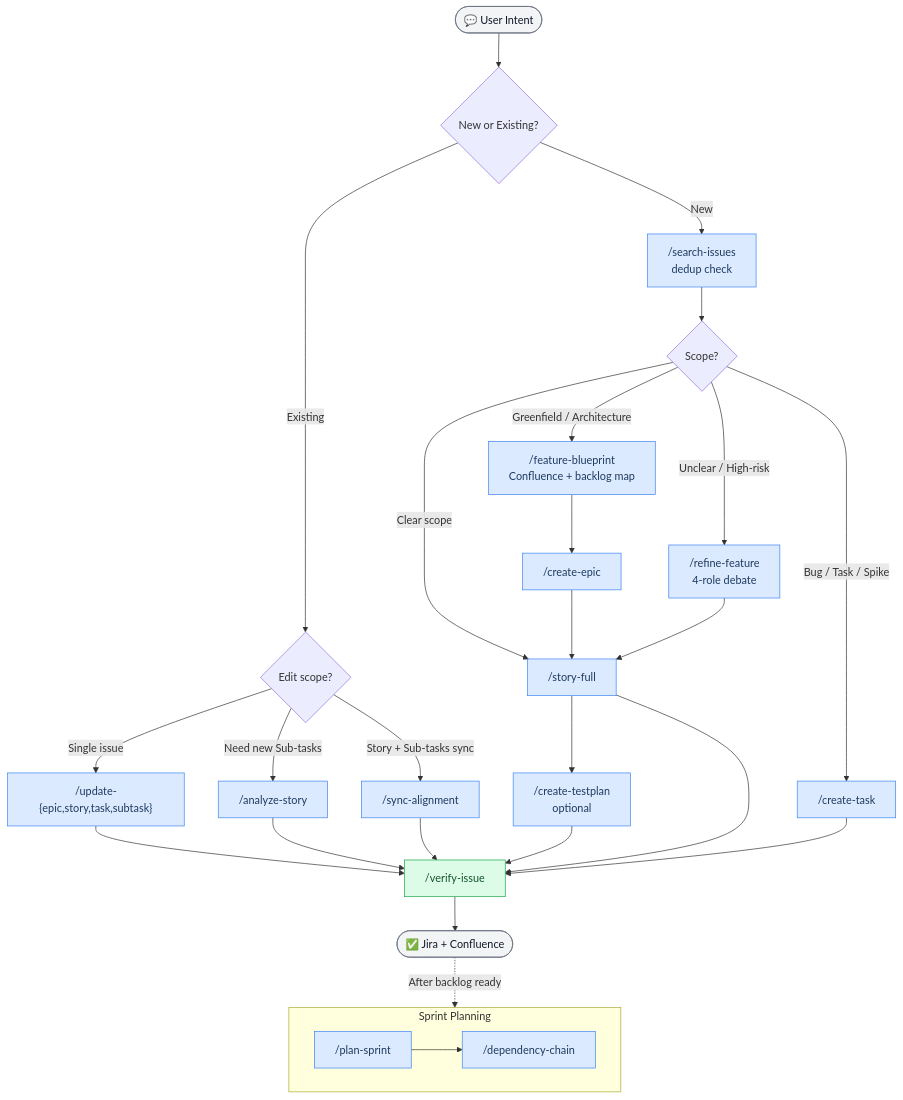
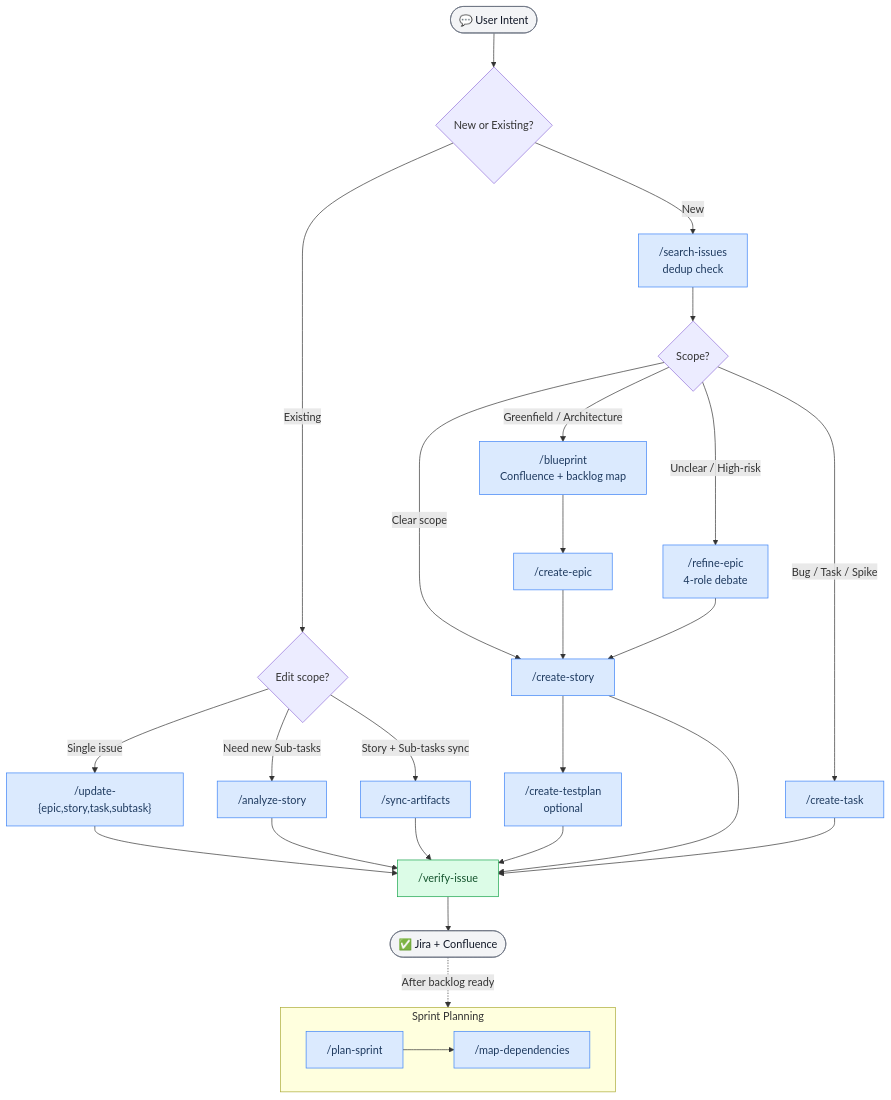
The diagram in README.md (wasikarn/atlassian-pm), drawn with Mermaid before and after one commit. The commit also changed other lines of this file and 75 other files, not shown here.

````diff
--- a/README.md
+++ b/README.md
@@ -40,41 +40,41 @@
 ```mermaid
 flowchart TD
     A([💬 User Intent]) --> B{New or Existing?}
 
     B -->|New| C["/search-issues\ndedup check"]
     B -->|Existing| D{Edit scope?}
 
     D -->|Single issue| E["/update-{epic,story,task,subtask}"]
     D -->|Need new Sub-tasks| AS["/analyze-story"]
-    D -->|Story + Sub-tasks sync| F["/sync-alignment"]
+    D -->|Story + Sub-tasks sync| F["/sync-artifacts"]
 
     E --> V["/verify-issue"]
     AS --> V
     F --> V
 
     C --> G{Scope?}
-    G -->|"Greenfield / Architecture"| H["/feature-blueprint\nConfluence + backlog map"]
-    G -->|"Unclear / High-risk"| I["/refine-feature\n4-role debate"]
-    G -->|"Clear scope"| K["/story-full"]
+    G -->|"Greenfield / Architecture"| H["/blueprint\nConfluence + backlog map"]
+    G -->|"Unclear / High-risk"| I["/refine-epic\n4-role debate"]
+    G -->|"Clear scope"| K["/create-story"]
     G -->|"Bug / Task / Spike"| T["/create-task"]
 
     H --> J["/create-epic"] --> K
     I --> K
     K --> L["/create-testplan\noptional"] --> V
     K --> V
     T --> V
     V --> M([✅ Jira + Confluence])
 
     subgraph sprint["Sprint Planning"]
         direction LR
-        N["/plan-sprint"] --> O["/dependency-chain"]
+        N["/plan-sprint"] --> O["/map-dependencies"]
     end
     M -.->|"After backlog ready"| sprint
 
     classDef skill fill:#dbeafe,stroke:#3b82f6,color:#1e3a5f
     classDef gate fill:#dcfce7,stroke:#16a34a,color:#14532d
     classDef endpoint fill:#f3f4f6,stroke:#6b7280,color:#111827
     class C,E,F,AS,H,I,J,K,L,N,O,T skill
     class V gate
     class A,M endpoint
 ```
````
